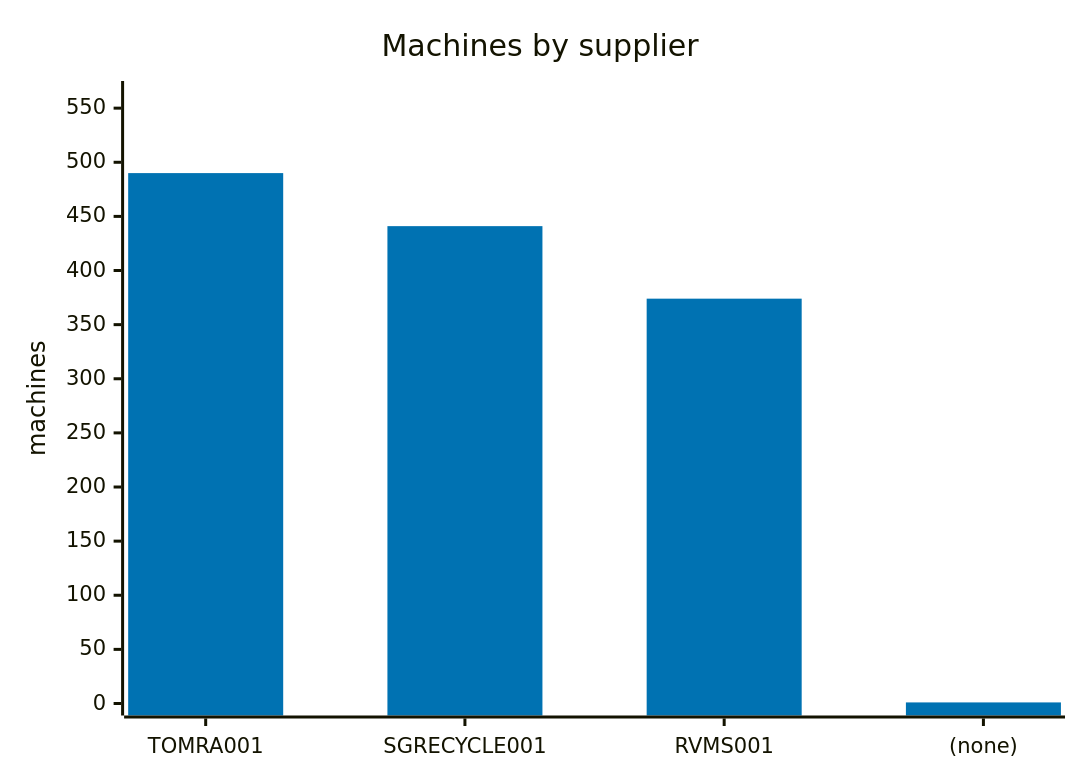
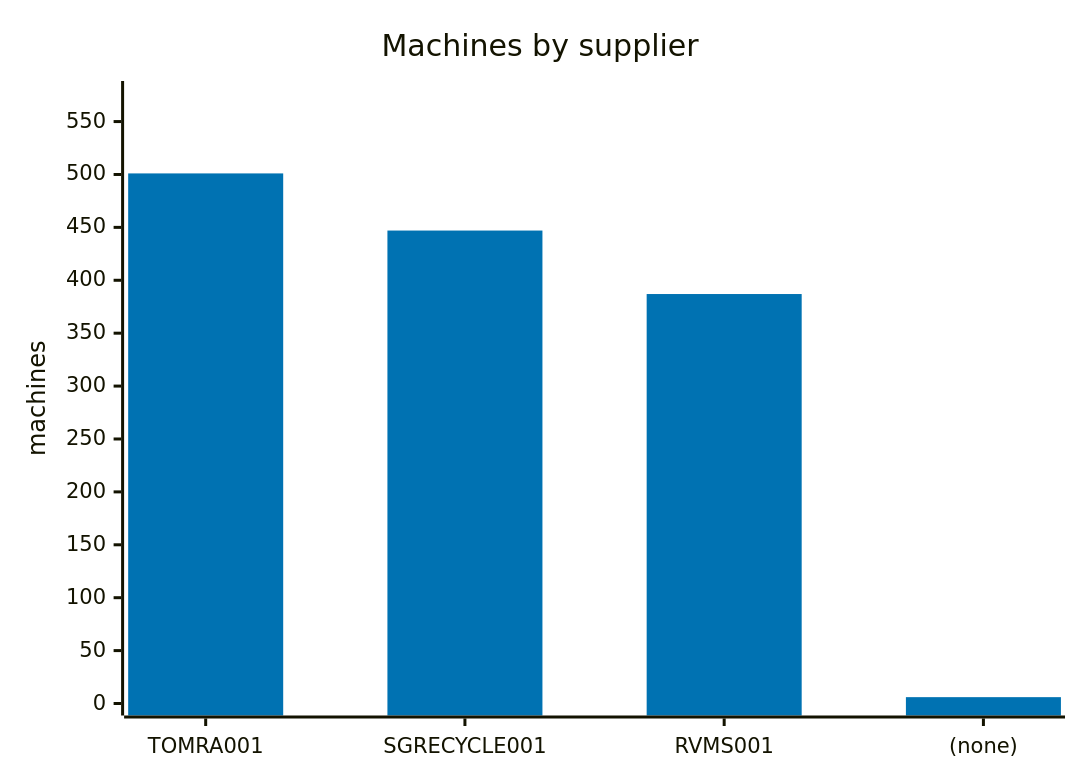
One commit to cheeaun/returnright-data changed the second of 7 diagrams in ANALYSIS.md. Above: the diagram before and after it, drawn with Mermaid. The commit also changed other lines of this file and 3 other files, not shown here.

````diff
--- a/ANALYSIS.md
+++ b/ANALYSIS.md
@@ -50,13 +50,13 @@
 ```mermaid
 ---
 config:
   themeVariables:
     xyChart:
       plotColorPalette: "#0072B2"
 ---
 xychart-beta
     title "Machines by supplier"
     x-axis ["TOMRA001", "SGRECYCLE001", "RVMS001", "(none)"]
-    y-axis "machines" 0 --> 564
-    bar [490, 441, 374, 1]
+    y-axis "machines" 0 --> 577
+    bar [501, 447, 387, 6]
 ```
````
